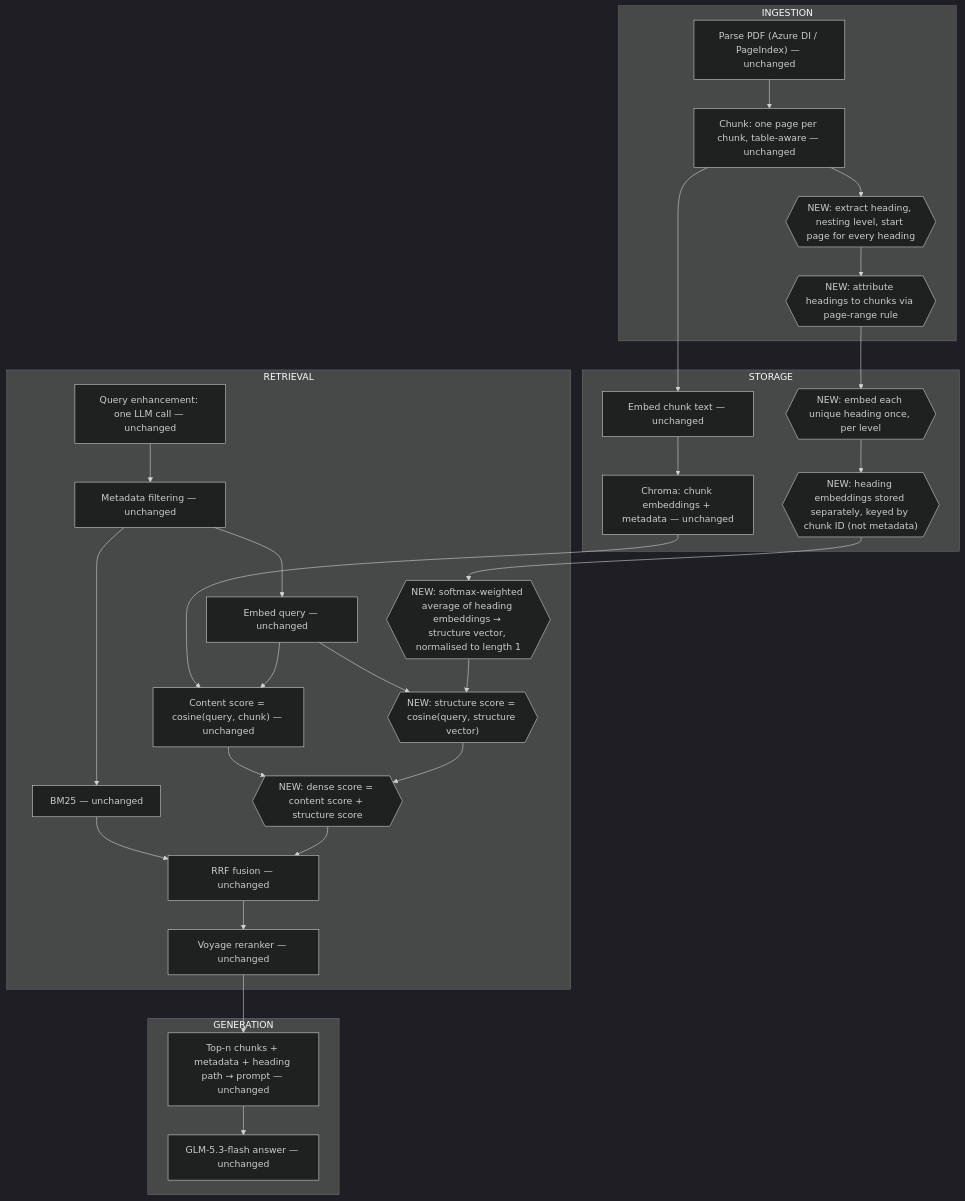
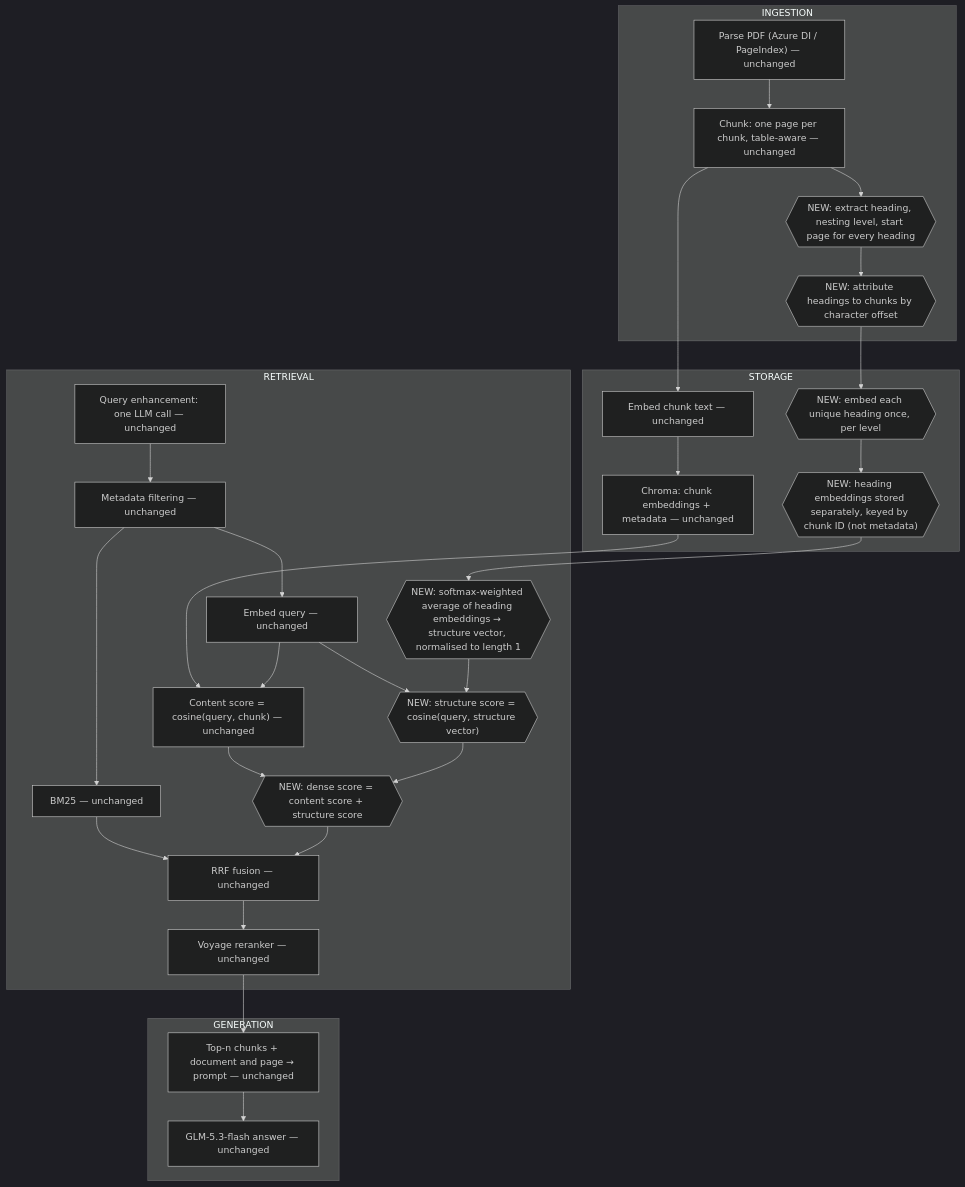
Before and after one commit to 14zhasim/Agentic_RAG: the diagram in docs sys design/Exp 2/Exp 2.md, drawn with Mermaid (dark theme). The commit also changed other lines of this file and 4 other files, not shown here.

````diff
--- a/docs sys design/Exp 2/Exp 2.md
+++ b/docs sys design/Exp 2/Exp 2.md
@@ -110,35 +109,35 @@
 ```mermaid
 flowchart TD
     subgraph INGESTION
         A1["Parse PDF (Azure DI / PageIndex) — unchanged"] --> A2["Chunk: one page per chunk, table-aware — unchanged"]
         A2 --> A3{{"NEW: extract heading, nesting level, start page for every heading"}}
-        A3 --> A4{{"NEW: attribute headings to chunks via page-range rule"}}
+        A3 --> A4{{"NEW: attribute headings to chunks by character offset"}}
     end
 
     subgraph STORAGE
         A2 --> B1["Embed chunk text — unchanged"] --> B2["Chroma: chunk embeddings + metadata — unchanged"]
         A4 --> B3{{"NEW: embed each unique heading once, per level"}}
         B3 --> B4{{"NEW: heading embeddings stored separately, keyed by chunk ID (not metadata)"}}
     end
 
     subgraph RETRIEVAL
         C1["Query enhancement: one LLM call — unchanged"] --> C1a["Metadata filtering — unchanged"]
         C1a --> C2["BM25 — unchanged"]
         C1a --> C3["Embed query — unchanged"]
         B2 --> C4["Content score = cosine(query, chunk) — unchanged"]
         C3 --> C4
         B4 --> C5{{"NEW: softmax-weighted average of heading embeddings → structure vector, normalised to length 1"}}
         C3 --> C6{{"NEW: structure score = cosine(query, structure vector)"}}
         C5 --> C6
         C4 --> C7{{"NEW: dense score = content score + structure score"}}
         C6 --> C7
         C2 --> D1["RRF fusion — unchanged"]
         C7 --> D1
         D1 --> D2["Voyage reranker — unchanged"]
     end
 
     subgraph GENERATION
-        D2 --> E1["Top-n chunks + metadata + heading path → prompt — unchanged"]
+        D2 --> E1["Top-n chunks + document and page → prompt — unchanged"]
         E1 --> E2["GLM-5.3-flash answer — unchanged"]
     end
 ```
````
